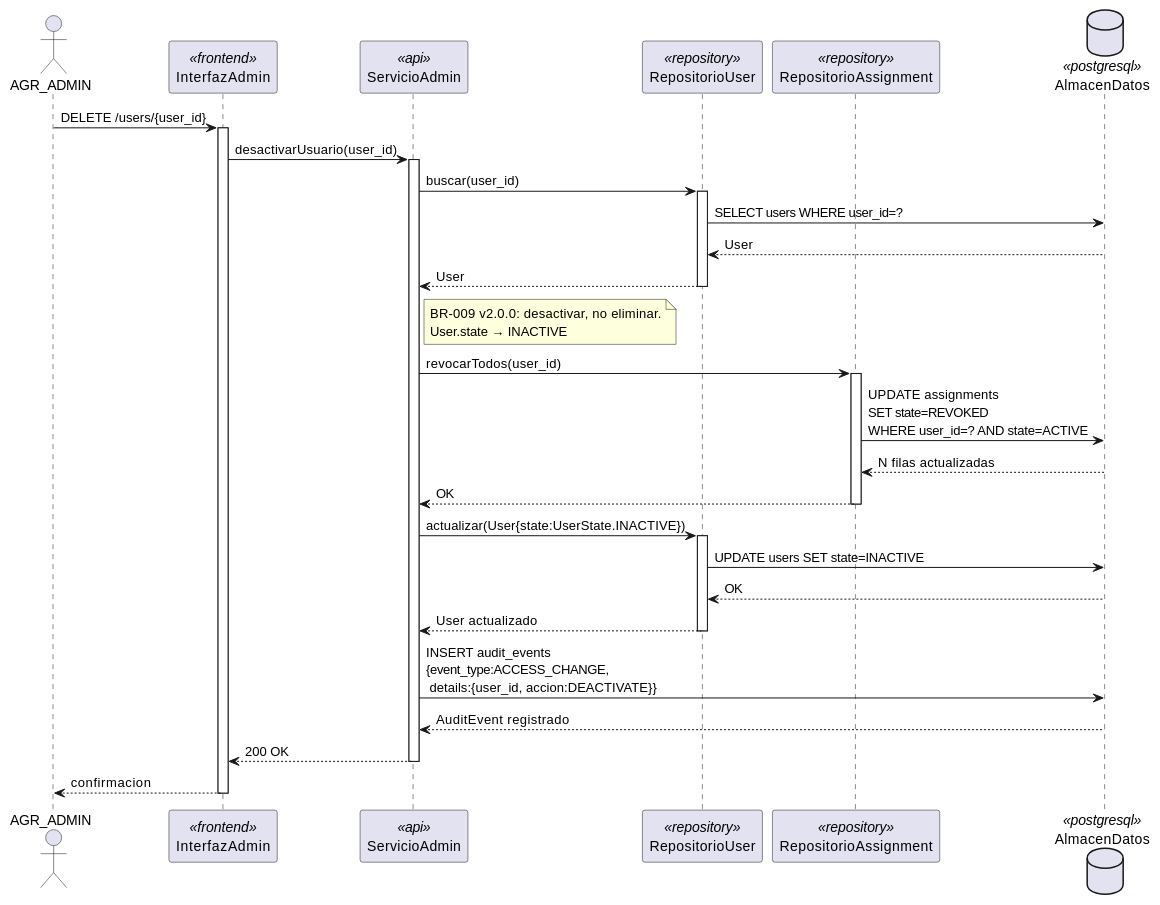
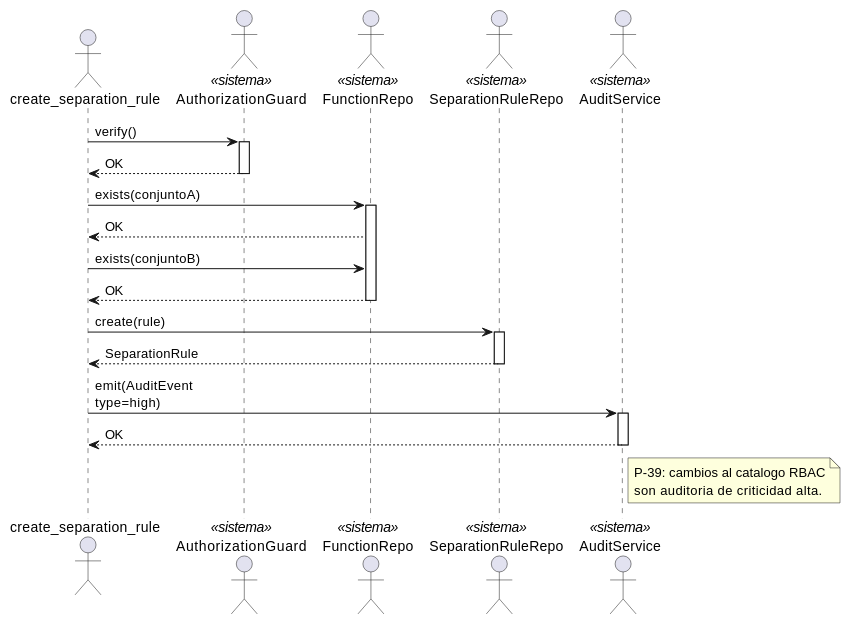
One commit to jcg-admin/IACT-docs changed the diagram in source/arquitectura-tecnica/design-view/seq-admin.rst. Above: the diagram before and after it, drawn with PlantUML. The commit also changed other lines of this file and 12 other files, not shown here.

First line of the commit message:
Harmonize 13 design-view sequence diagrams to canonical vocab

```diff
--- a/source/arquitectura-tecnica/design-view/seq-admin.rst
+++ b/source/arquitectura-tecnica/design-view/seq-admin.rst
@@ -24,54 +24,39 @@
 .. uml::
- :caption: Design View MOD_Admin — desactivacion de usuario con revocacion de asignaciones.
+ :caption: MOD_Admin — crear regla SoD en catalogo.
 
  @startuml
 
- actor AGR_ADMIN
+ actor "create_separation_rule" as create_separation_rule
+ actor "AuthorizationGuard" as AuthorizationGuard <<sistema>>
+ actor "FunctionRepo" as FunctionRepo <<sistema>>
+ actor "SeparationRuleRepo" as SeparationRuleRepo <<sistema>>
+ actor "AuditService" as AuditService <<sistema>>
 
- participant InterfazAdmin        <<frontend>>
- participant ServicioAdmin        <<api>>
- participant RepositorioUser      <<repository>>
- participant RepositorioAssignment <<repository>>
- database    AlmacenDatos         <<postgresql>>
+ create_separation_rule -> AuthorizationGuard : verify()
+ activate AuthorizationGuard
+ AuthorizationGuard --> create_separation_rule : OK
+ deactivate AuthorizationGuard
 
- AGR_ADMIN -> InterfazAdmin : DELETE /users/{user_id}
- activate InterfazAdmin
+ create_separation_rule -> FunctionRepo : exists(conjuntoA)
+ activate FunctionRepo
+ FunctionRepo --> create_separation_rule : OK
+ create_separation_rule -> FunctionRepo : exists(conjuntoB)
+ FunctionRepo --> create_separation_rule : OK
+ deactivate FunctionRepo
 
- InterfazAdmin -> ServicioAdmin : desactivarUsuario(user_id)
- activate ServicioAdmin
+ create_separation_rule -> SeparationRuleRepo : create(rule)
+ activate SeparationRuleRepo
+ SeparationRuleRepo --> create_separation_rule : SeparationRule
+ deactivate SeparationRuleRepo
 
- ServicioAdmin -> RepositorioUser : buscar(user_id)
- activate RepositorioUser
- RepositorioUser -> AlmacenDatos : SELECT users WHERE user_id=?
- AlmacenDatos --> RepositorioUser : User
- RepositorioUser --> ServicioAdmin : User
- deactivate RepositorioUser
+ create_separation_rule -> AuditService : emit(AuditEvent\ntype=high)
+ activate AuditService
+ AuditService --> create_separation_rule : OK
+ deactivate AuditService
 
- note right of ServicioAdmin
-   BR-009 v2.0.0: desactivar, no eliminar.
-   User.state → INACTIVE
+ note right of AuditService
+   P-39: cambios al catalogo RBAC
+   son auditoria de criticidad alta.
  end note
 
- ServicioAdmin -> RepositorioAssignment : revocarTodos(user_id)
- activate RepositorioAssignment
- RepositorioAssignment -> AlmacenDatos : UPDATE assignments\nSET state=REVOKED\nWHERE user_id=? AND state=ACTIVE
- AlmacenDatos --> RepositorioAssignment : N filas actualizadas
- RepositorioAssignment --> ServicioAdmin : OK
- deactivate RepositorioAssignment
-
- ServicioAdmin -> RepositorioUser : actualizar(User{state:UserState.INACTIVE})
- activate RepositorioUser
- RepositorioUser -> AlmacenDatos : UPDATE users SET state=INACTIVE
- AlmacenDatos --> RepositorioUser : OK
- RepositorioUser --> ServicioAdmin : User actualizado
- deactivate RepositorioUser
-
- ServicioAdmin -> AlmacenDatos : INSERT audit_events\n{event_type:ACCESS_CHANGE,\n details:{user_id, accion:DEACTIVATE}}
- AlmacenDatos --> ServicioAdmin : AuditEvent registrado
-
- ServicioAdmin --> InterfazAdmin : 200 OK
- deactivate ServicioAdmin
- InterfazAdmin --> AGR_ADMIN : confirmacion
- deactivate InterfazAdmin
-
  @enduml
```
